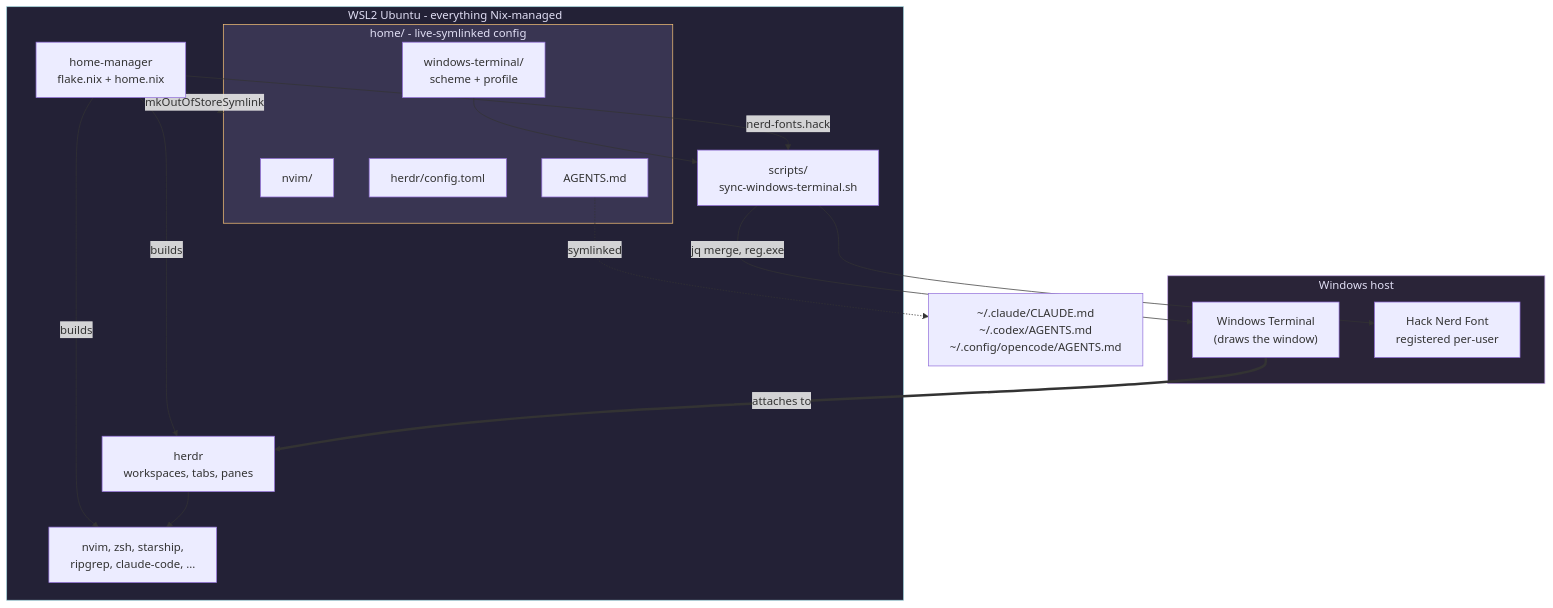
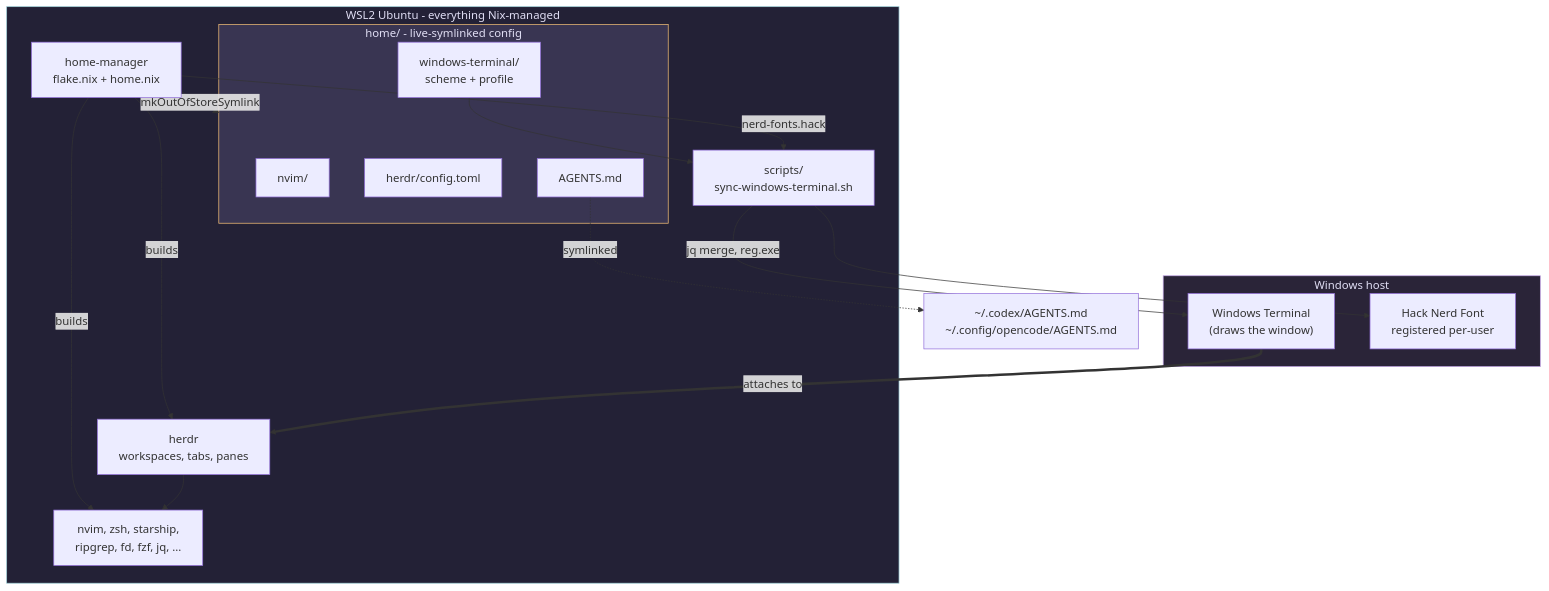
The diagram in README.md (haotieu2001/dotfiles-wsl), drawn with Mermaid before and after one commit. The commit also changed other lines of this file and 10 other files, not shown here.

First line of the commit message:
Stop managing ~/.claude and claude-code

````diff
--- a/README.md
+++ b/README.md
@@ -47,35 +47,35 @@
 ```mermaid
 flowchart TB
     subgraph WIN["Windows host"]
         WT["Windows Terminal<br/>(draws the window)"]
         FONT["Hack Nerd Font<br/>registered per-user"]
     end
 
     subgraph WSL["WSL2 Ubuntu - everything Nix-managed"]
         HM["home-manager<br/>flake.nix + home.nix"]
         HERDR["herdr<br/>workspaces, tabs, panes"]
-        BIN["nvim, zsh, starship,<br/>ripgrep, claude-code, ..."]
+        BIN["nvim, zsh, starship,<br/>ripgrep, fd, fzf, jq, ..."]
         subgraph CFG["home/ - live-symlinked config"]
             NVIM["nvim/"]
             HCFG["herdr/config.toml"]
             AG["AGENTS.md"]
             WTC["windows-terminal/<br/>scheme + profile"]
         end
         SYNC["scripts/<br/>sync-windows-terminal.sh"]
     end
 
     HM -->|builds| BIN
     HM -->|builds| HERDR
     HM -->|mkOutOfStoreSymlink| CFG
     HM -->|"nerd-fonts.hack"| SYNC
     WTC --> SYNC
     SYNC -->|"jq merge, reg.exe"| WT
     SYNC --> FONT
     WT ==>|attaches to| HERDR
     HERDR --> BIN
-    AG -.->|symlinked| AGENTS["~/.claude/CLAUDE.md<br/>~/.codex/AGENTS.md<br/>~/.config/opencode/AGENTS.md"]
+    AG -.->|symlinked| AGENTS["~/.codex/AGENTS.md<br/>~/.config/opencode/AGENTS.md"]
 
     style WIN fill:#2a2438,stroke:#c4a7e7,color:#e0def4
     style WSL fill:#232136,stroke:#9ccfd8,color:#e0def4
     style CFG fill:#393552,stroke:#f6c177,color:#e0def4
 ```
````
